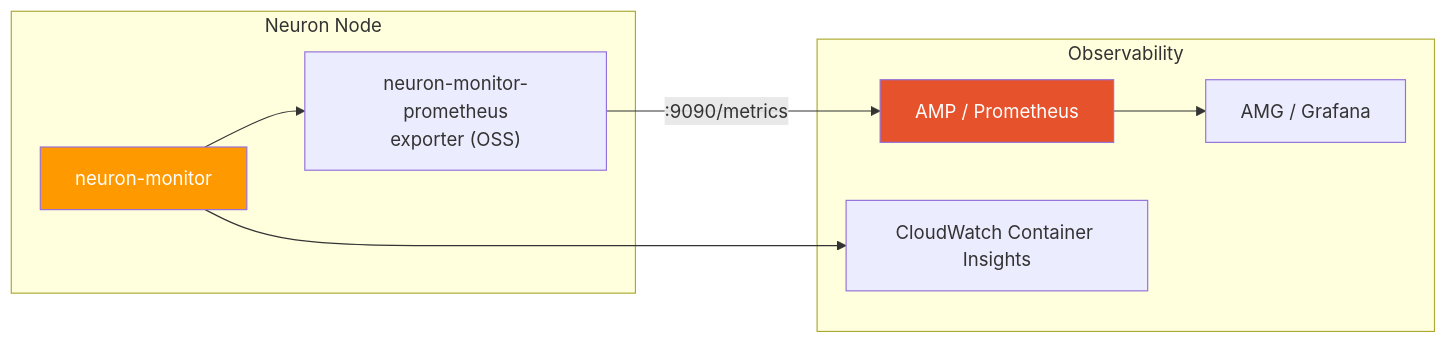
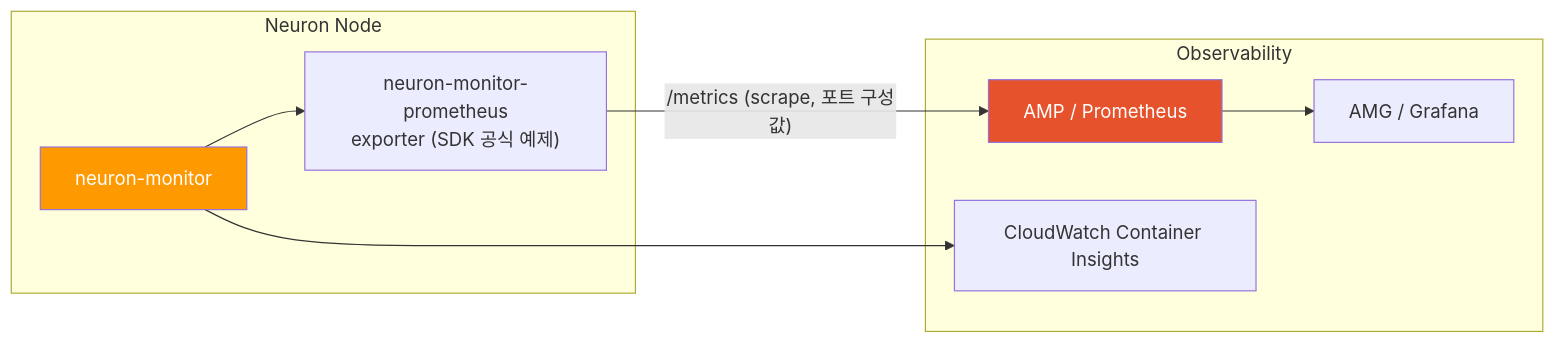
The second of 2 diagrams in i18n/ko/docusaurus-plugin-content-docs/current/agentic-ai-platform/model-serving/gpu-infrastructure/aws-neuron-stack.md (devfloor9/engineering-playbook), drawn with Mermaid before and after one commit. The commit also changed other lines of this file and 37 other files, not shown here.

````diff
--- a/i18n/ko/docusaurus-plugin-content-docs/current/agentic-ai-platform/model-serving/gpu-infrastructure/aws-neuron-stack.md
+++ b/i18n/ko/docusaurus-plugin-content-docs/current/agentic-ai-platform/model-serving/gpu-infrastructure/aws-neuron-stack.md
@@ -507,21 +523,21 @@
 ```mermaid
 flowchart LR
     subgraph Node["Neuron Node"]
         NMON["neuron-monitor"]
-        EXP["neuron-monitor-prometheus<br/>exporter (OSS)"]
+        EXP["neuron-monitor-prometheus<br/>exporter (SDK 공식 예제)"]
     end
 
     subgraph Observability["Observability"]
         AMP["AMP / Prometheus"]
         AMG["AMG / Grafana"]
         CWL["CloudWatch Container Insights"]
     end
 
     NMON --> EXP
-    EXP -->|:9090/metrics| AMP
+    EXP -->|"/metrics (scrape, 포트 구성값)"| AMP
     AMP --> AMG
     NMON --> CWL
 
     style NMON fill:#ff9900,color:#fff
     style AMP fill:#e6522c,color:#fff
 ```
````
